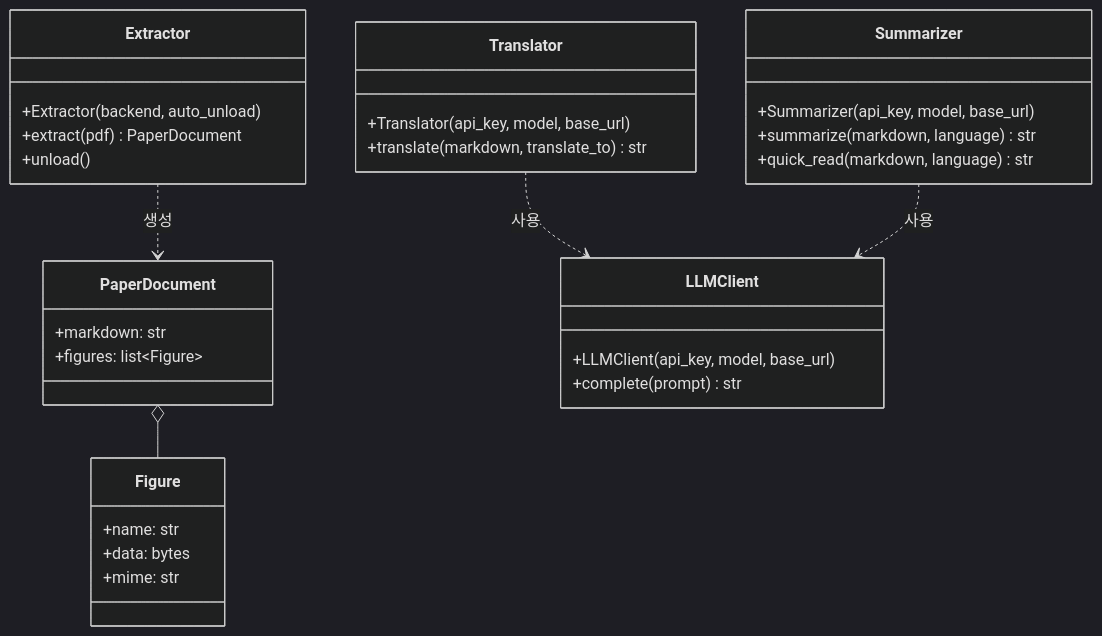
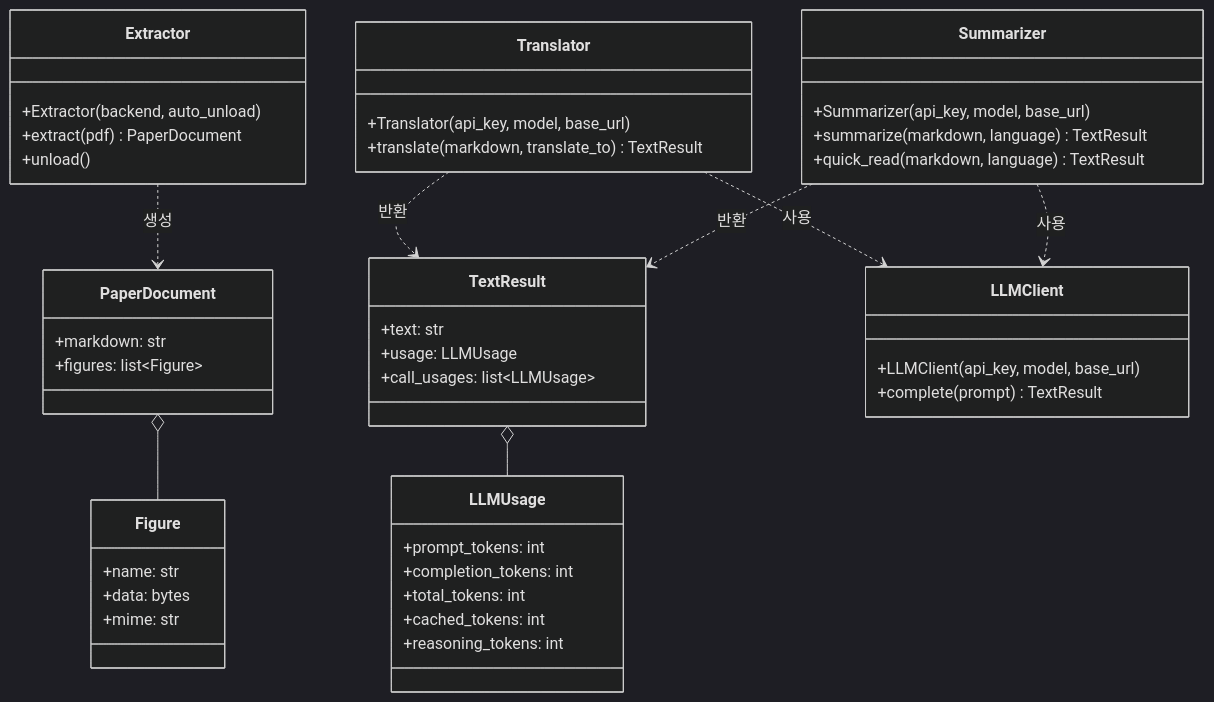
The second of 3 diagrams in Architecture.md (gatesplan/papercut), drawn with Mermaid (dark theme) before and after one commit. The commit also changed other lines of this file and 20 other files, not shown here.

Commit message:
기능: LLM 결과에 usage 상세 반환 (TextResult, LLMUsage), API 반환형 변경

````diff
--- a/Architecture.md
+++ b/Architecture.md
@@ -84,35 +85,50 @@
 ```mermaid
 classDiagram
     class PaperDocument {
         +markdown: str
         +figures: list~Figure~
     }
     class Figure {
         +name: str
         +data: bytes
         +mime: str
     }
     class Extractor {
         +Extractor(backend, auto_unload)
         +extract(pdf) PaperDocument
         +unload()
     }
+    class LLMUsage {
+        +prompt_tokens: int
+        +completion_tokens: int
+        +total_tokens: int
+        +cached_tokens: int
+        +reasoning_tokens: int
+    }
+    class TextResult {
+        +text: str
+        +usage: LLMUsage
+        +call_usages: list~LLMUsage~
+    }
     class LLMClient {
         +LLMClient(api_key, model, base_url)
-        +complete(prompt) str
+        +complete(prompt) TextResult
     }
     class Translator {
         +Translator(api_key, model, base_url)
-        +translate(markdown, translate_to) str
+        +translate(markdown, translate_to) TextResult
     }
     class Summarizer {
         +Summarizer(api_key, model, base_url)
-        +summarize(markdown, language) str
-        +quick_read(markdown, language) str
+        +summarize(markdown, language) TextResult
+        +quick_read(markdown, language) TextResult
     }
 
     PaperDocument o-- Figure
+    TextResult o-- LLMUsage
     Extractor ..> PaperDocument : 생성
     Translator ..> LLMClient : 사용
     Summarizer ..> LLMClient : 사용
+    Translator ..> TextResult : 반환
+    Summarizer ..> TextResult : 반환
 ```
````
